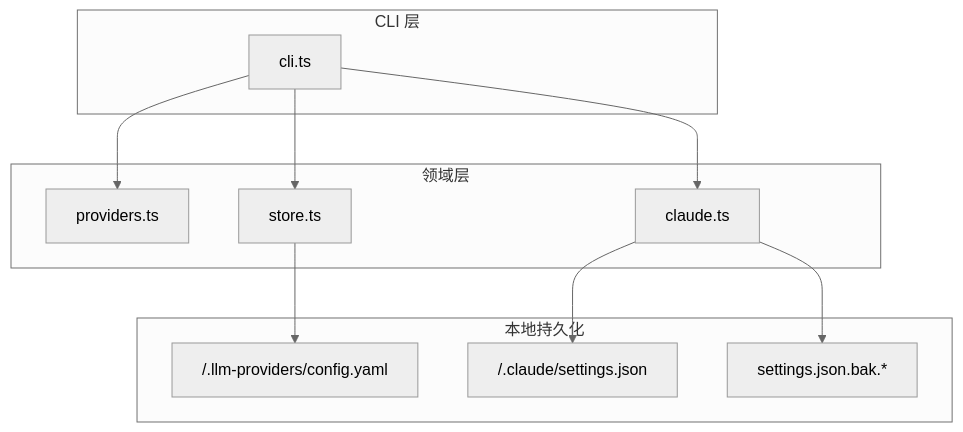
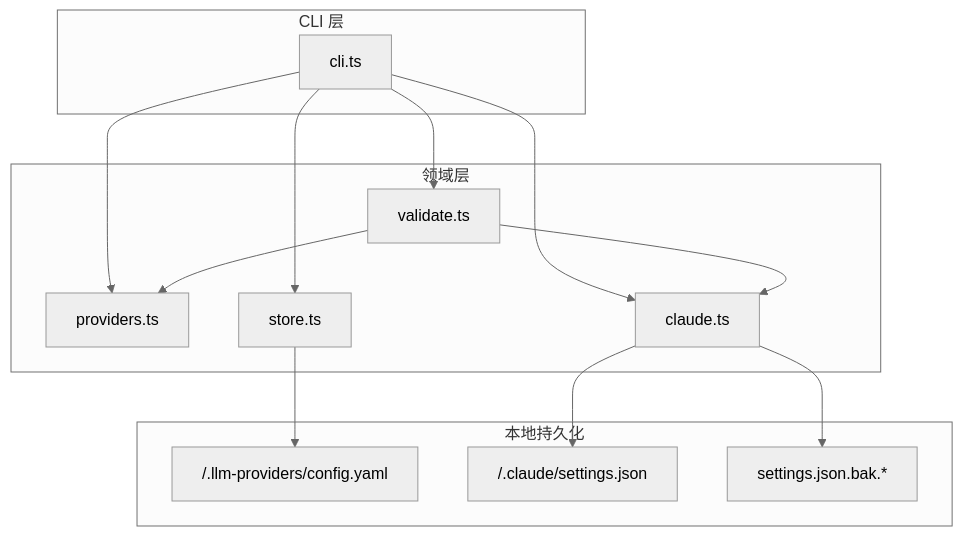
One commit to day253/claude-helper changed the first of 4 diagrams in doc/technical-guide-zh.md. Above: the diagram before and after it, drawn with Mermaid (neutral theme). The commit also changed other lines of this file and 5 other files, not shown here.

````diff
--- a/doc/technical-guide-zh.md
+++ b/doc/technical-guide-zh.md
@@ -74,22 +75,26 @@
 ```mermaid
 flowchart TB
   subgraph cliLayer [CLI 层]
     CLI[cli.ts]
   end
   subgraph domain [领域层]
     P[providers.ts]
     S[store.ts]
     C[claude.ts]
+    V[validate.ts]
   end
   subgraph disk [本地持久化]
     Y["/.llm-providers/config.yaml"]
     J["/.claude/settings.json"]
     B["settings.json.bak.*"]
   end
   CLI --> P
   CLI --> S
   CLI --> C
+  CLI --> V
+  V --> C
+  V --> P
   S --> Y
   C --> J
   C --> B
 ```
````
